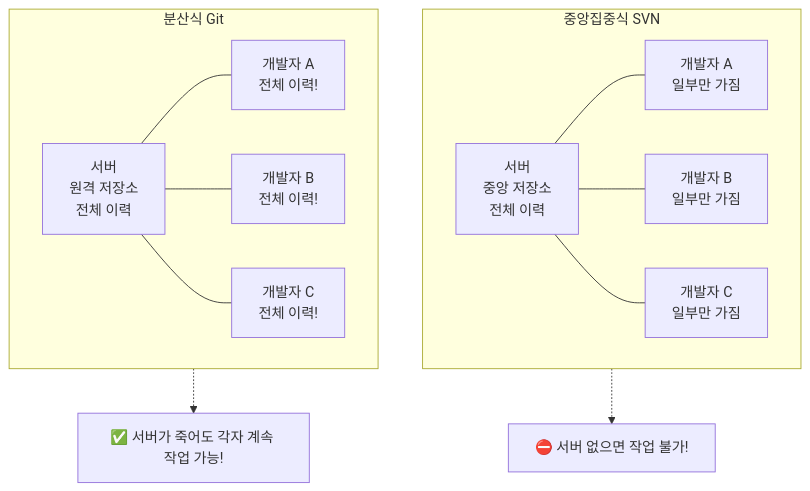
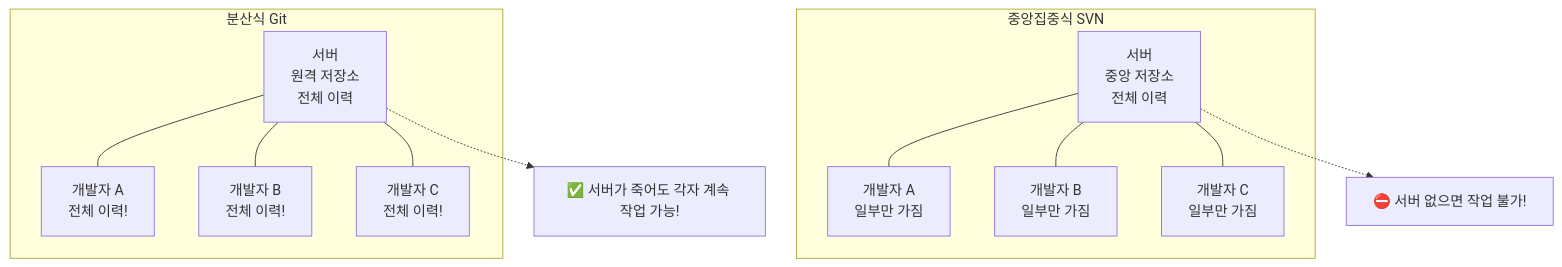
Before and after one commit to jingu279/Document: the fourth of 5 diagrams in 01_Introduction/01_What_is_Git.md, drawn with Mermaid. The commit also changed other lines of this file and 16 other files, not shown here.

Commit message:
Fix all Mermaid rendering issues (subgraph-to-subgraph, unconnected nodes, reserved names, dashes)

````diff
--- a/01_Introduction/01_What_is_Git.md
+++ b/01_Introduction/01_What_is_Git.md
@@ -133,17 +120,17 @@
 ```mermaid
 flowchart TB
       subgraph Centralized[중앙집중식 SVN]
         CS[서버<br/>중앙 저장소<br/>전체 이력] --- CA[개발자 A<br/>일부만 가짐]
         CS --- CB[개발자 B<br/>일부만 가짐]
         CS --- CC[개발자 C<br/>일부만 가짐]
       end
 
       subgraph Distributed[분산식 Git]
         DS[서버<br/>원격 저장소<br/>전체 이력] --- DA[개발자 A<br/>전체 이력!]
         DS --- DB[개발자 B<br/>전체 이력!]
         DS --- DC[개발자 C<br/>전체 이력!]
       end
 
-      Centralized -.-> Note1["⛔ 서버 없으면 작업 불가!"]
-      Distributed -.-> Note2["✅ 서버가 죽어도 각자 계속 작업 가능!"]
+      CS -.-> Note1["⛔ 서버 없으면 작업 불가!"]
+      DS -.-> Note2["✅ 서버가 죽어도 각자 계속 작업 가능!"]
 ```
````
